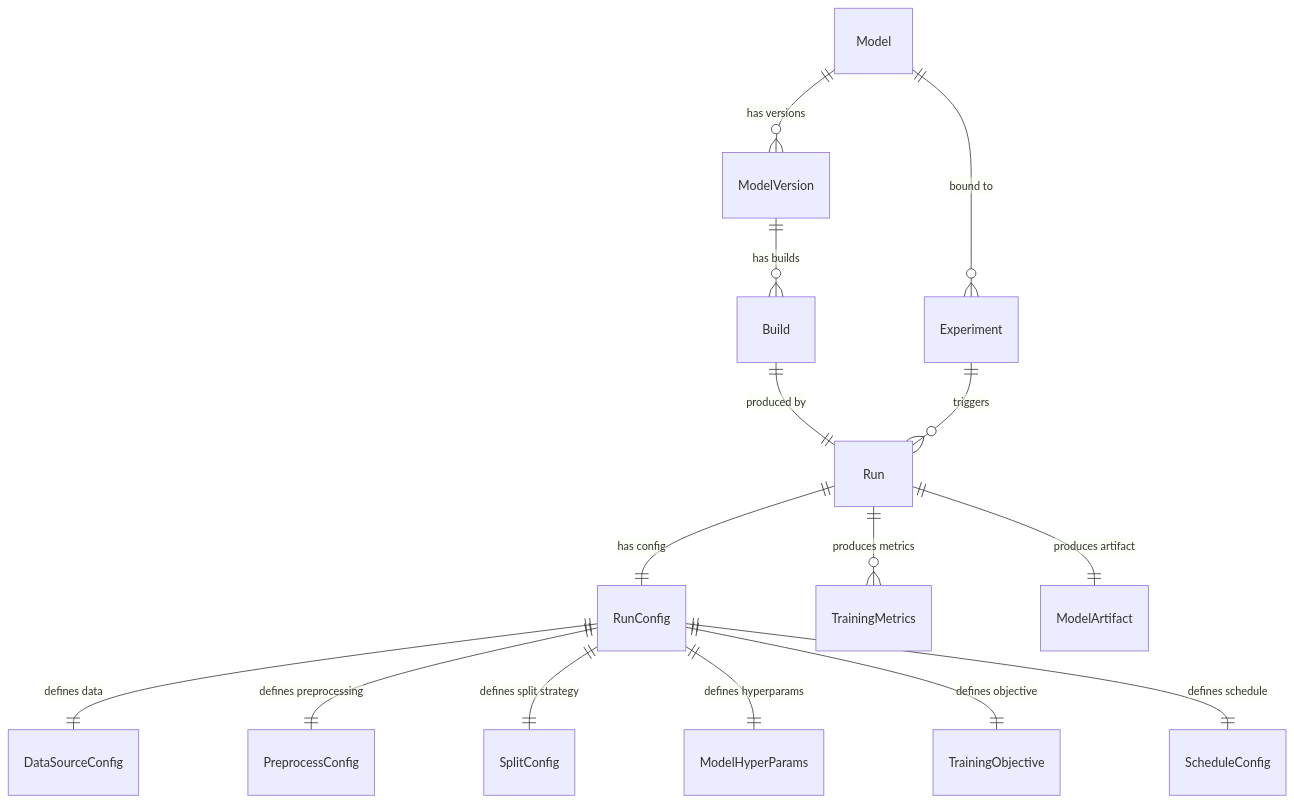
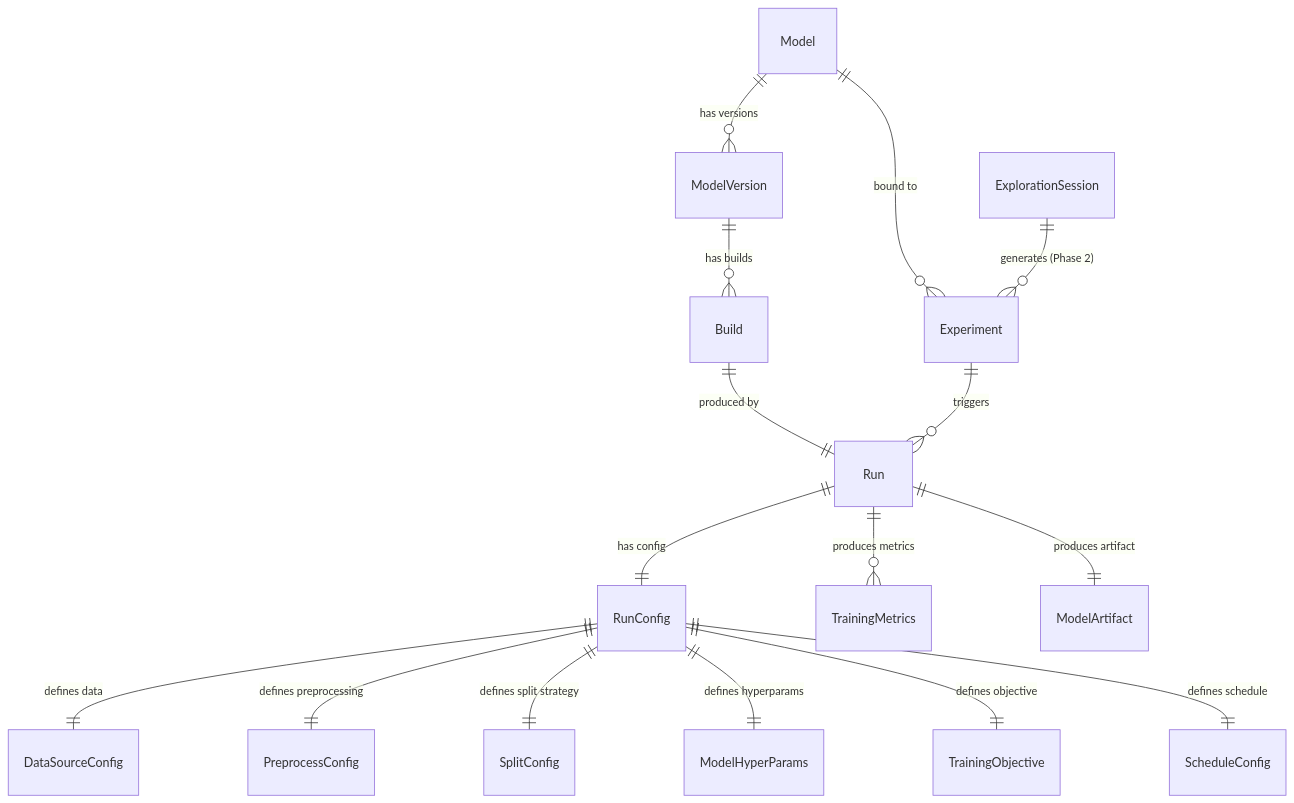
The second of 6 diagrams in docs/architecture/系统架构说明.md (Cedric-Chan/ModelExperiment), drawn with Mermaid before and after one commit. The commit also changed other lines of this file and 10 other files, not shown here.

````diff
--- a/docs/architecture/系统架构说明.md
+++ b/docs/architecture/系统架构说明.md
@@ -76,19 +76,21 @@
 ```mermaid
 erDiagram
     Model ||--o{ ModelVersion : "has versions"
     ModelVersion ||--o{ Build : "has builds"
     Build ||--|| Run : "produced by"
 
     Model ||--o{ Experiment : "bound to"
     Experiment ||--o{ Run : "triggers"
     Run ||--|| RunConfig : "has config"
     RunConfig ||--|| DataSourceConfig : "defines data"
     RunConfig ||--|| PreprocessConfig : "defines preprocessing"
     RunConfig ||--|| SplitConfig : "defines split strategy"
     RunConfig ||--|| ModelHyperParams : "defines hyperparams"
     RunConfig ||--|| TrainingObjective : "defines objective"
     RunConfig ||--|| ScheduleConfig : "defines schedule"
 
     Run ||--o{ TrainingMetrics : "produces metrics"
     Run ||--|| ModelArtifact : "produces artifact"
+
+    ExplorationSession ||--o{ Experiment : "generates (Phase 2)"
 ```
````
